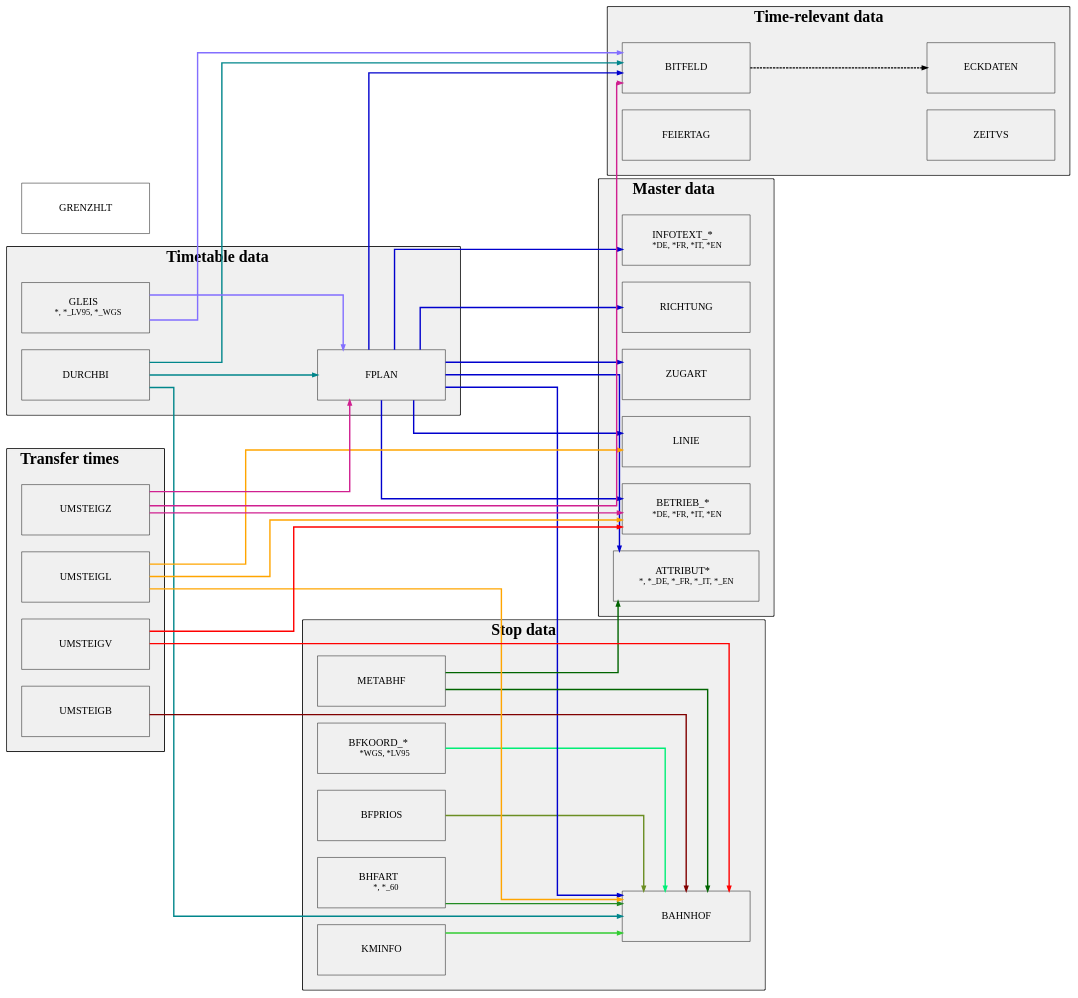
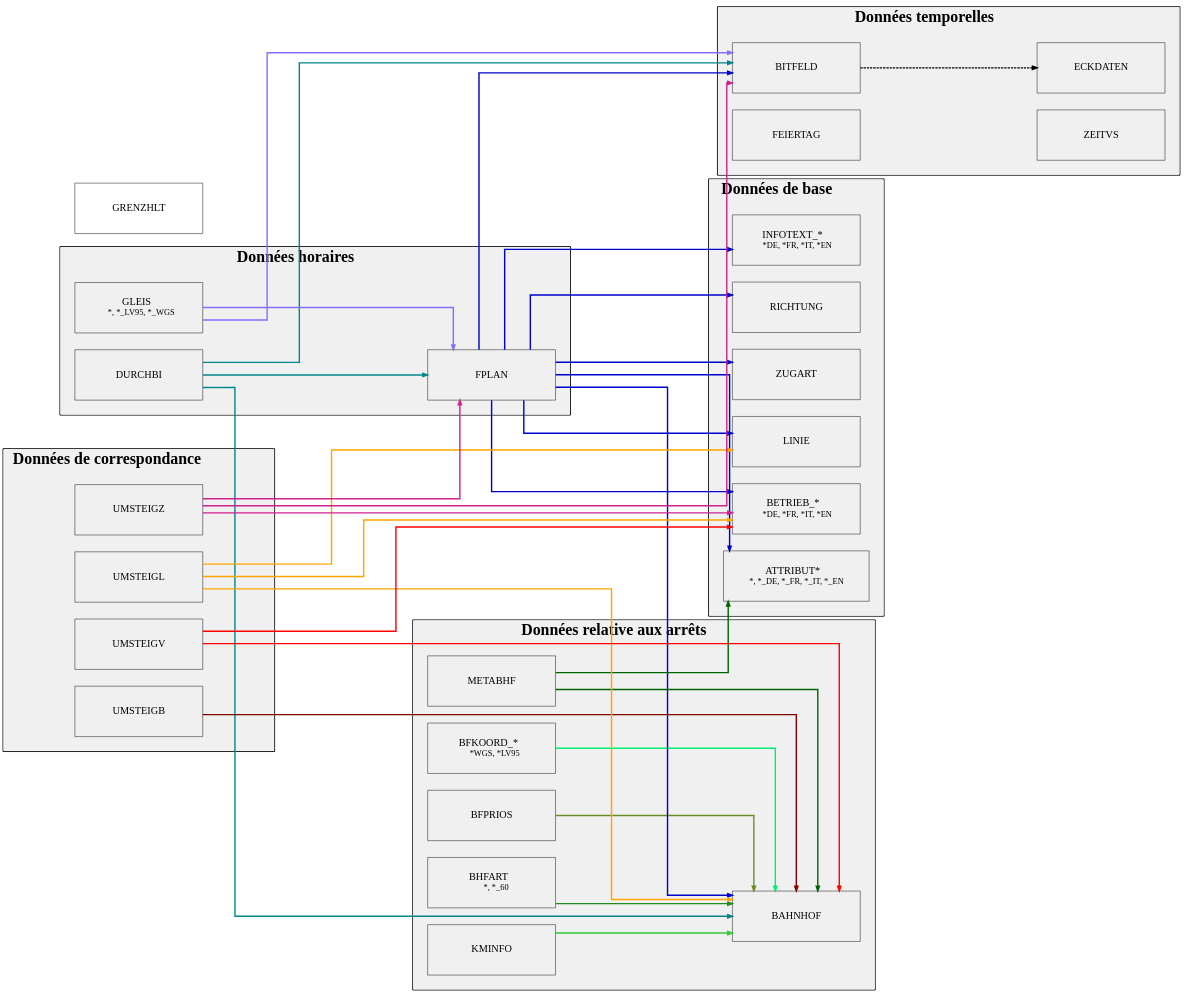
Before and after one commit to florianburgener/hrdf-parser: the diagram in HRDF.gv, drawn with Graphviz.

Commit message:
Update HRDF graph

```diff
--- a/HRDF.gv
+++ b/HRDF.gv
@@ -59,7 +59,7 @@
         subgraph cluster_0 {
             color=gray94
             fontsize=34
-            label=< <B>Transfer times</B> >
+            label=< <B>Données de correspondance</B> >
             margin=30
             style=filled
 
@@ -79,7 +79,7 @@
         subgraph cluster_1 {
             color=gray94
             fontsize=34
-            label=< <B>Time-relevant data</B> >
+            label=< <B>Données temporelles</B> >
             margin=30
             style=filled
 
@@ -100,7 +100,7 @@
         subgraph cluster_2 {
             color=gray94
             fontsize=34
-            label=< <B>Timetable data</B> >
+            label=< <B>Données horaires</B> >
             margin=30
             style=filled
 
@@ -118,7 +118,7 @@
         subgraph cluster_3 {
             color=gray94
             fontsize=34
-            label=< <B>Master data</B> >
+            label=< <B>Données de base</B> >
             margin=30
             style=filled
 
@@ -140,7 +140,7 @@
         subgraph cluster_4 {
             color=gray94
             fontsize=34
-            label=< <B>Stop data</B> >
+            label=< <B>Données relative aux arrêts</B> >
             margin=30
             style=filled
 
```
